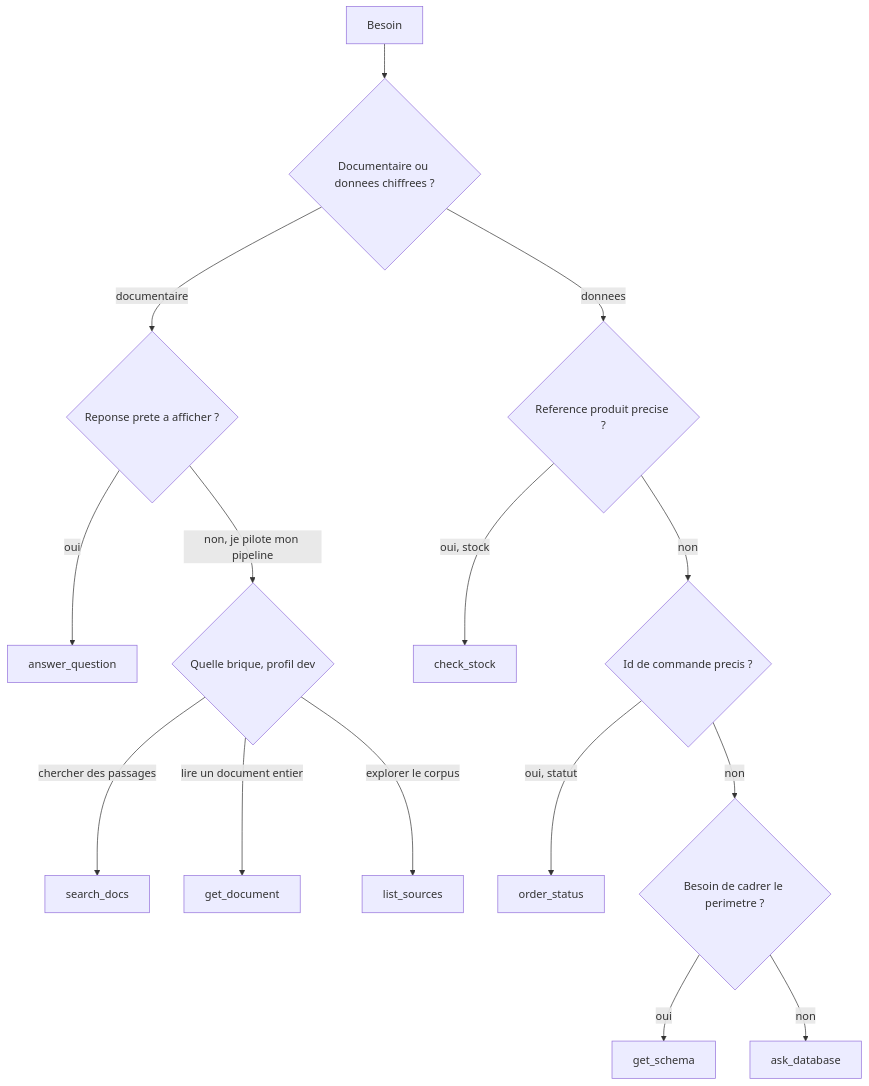
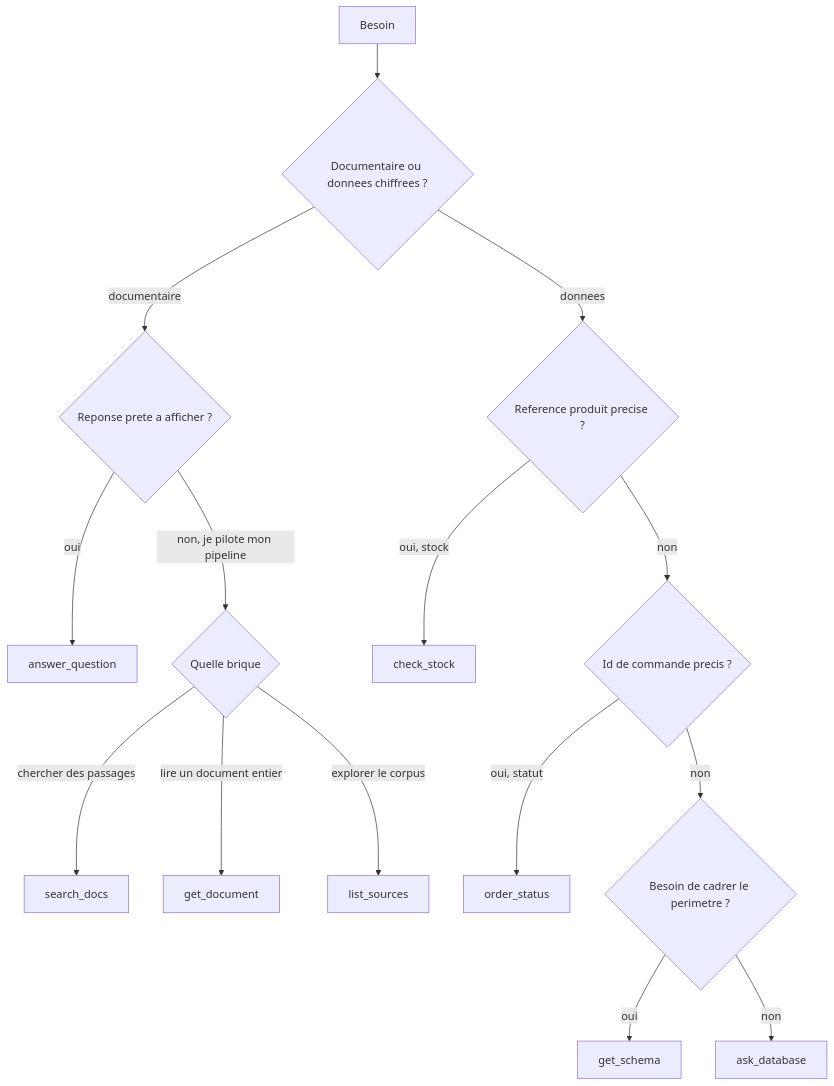
The second of 2 diagrams in mcp_server/GUIDE_ACCES.md (Bealph/sorabel-gateway), drawn with Mermaid before and after one commit. The commit also changed other lines of this file and 5 other files, not shown here.

````diff
--- a/mcp_server/GUIDE_ACCES.md
+++ b/mcp_server/GUIDE_ACCES.md
@@ -180,17 +170,17 @@
 ```mermaid
 flowchart TD
     Q["Besoin"] --> N{"Documentaire ou donnees chiffrees ?"}
     N -->|"documentaire"| R{"Reponse prete a afficher ?"}
     R -->|"oui"| AQ["answer_question"]
-    R -->|"non, je pilote mon pipeline"| BR{"Quelle brique, profil dev"}
+    R -->|"non, je pilote mon pipeline"| BR{"Quelle brique"}
     BR -->|"chercher des passages"| SD["search_docs"]
     BR -->|"lire un document entier"| GD["get_document"]
     BR -->|"explorer le corpus"| LS["list_sources"]
     N -->|"donnees"| A{"Reference produit precise ?"}
     A -->|"oui, stock"| CS["check_stock"]
     A -->|"non"| B{"Id de commande precis ?"}
     B -->|"oui, statut"| OS["order_status"]
     B -->|"non"| C{"Besoin de cadrer le perimetre ?"}
     C -->|"oui"| GS["get_schema"]
     C -->|"non"| AD["ask_database"]
 ```
````
